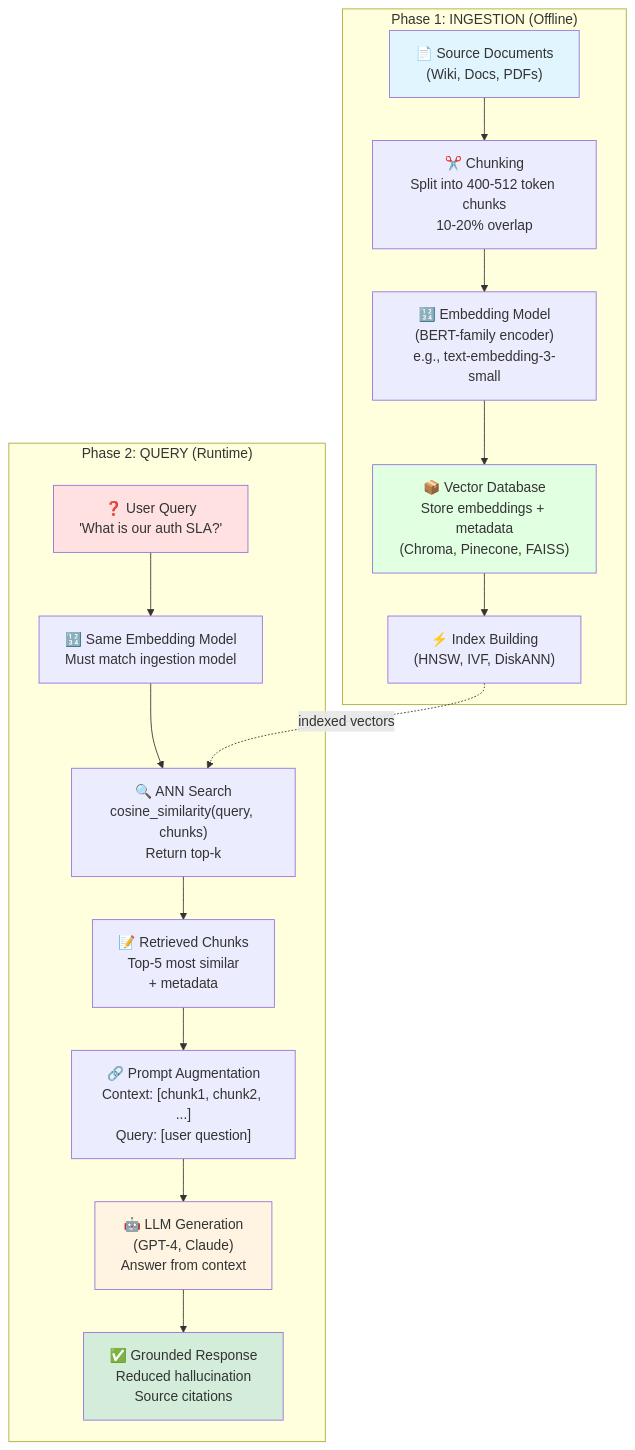
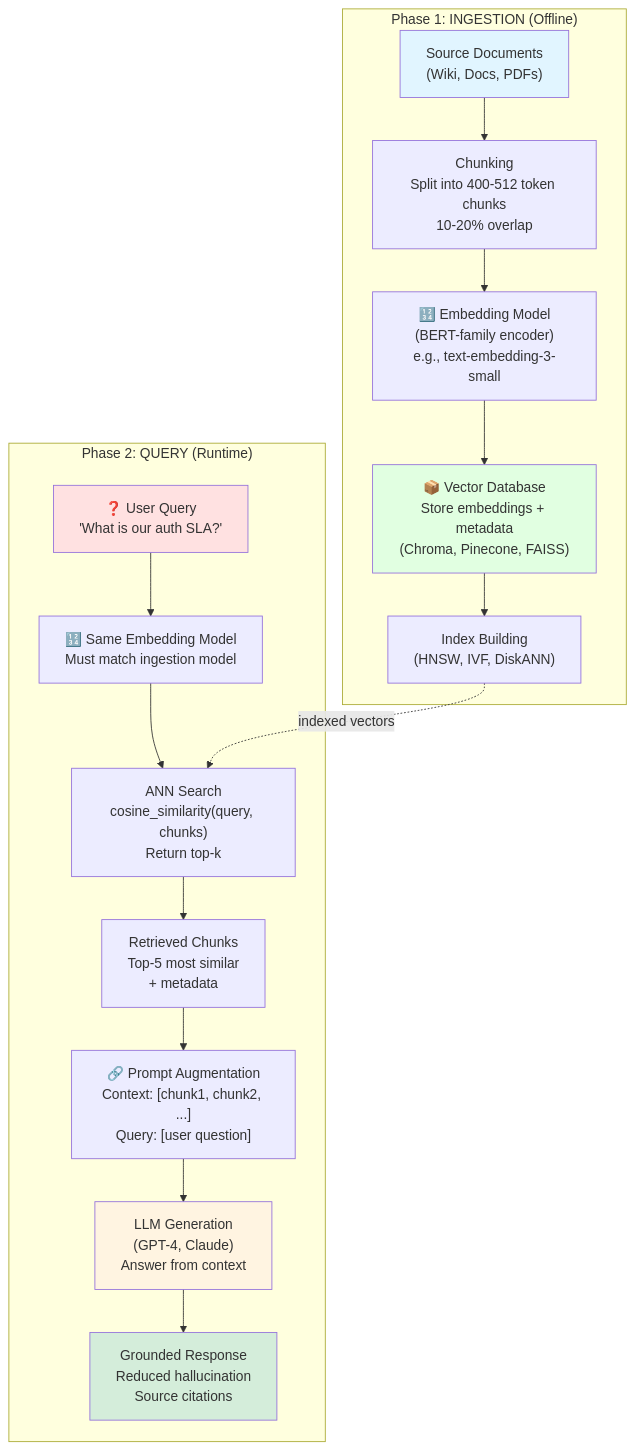
Before and after one commit to dsgouda7/ai-portfolio: the second of 3 diagrams in notes/03a-ai/ch07-rag-and-embeddings/rag-and-embeddings.md, drawn with Mermaid. The commit also changed other lines of this file and 17 other files, not shown here.

````diff
--- a/notes/03a-ai/ch07-rag-and-embeddings/rag-and-embeddings.md
+++ b/notes/03a-ai/ch07-rag-and-embeddings/rag-and-embeddings.md
@@ -378,25 +372,25 @@
 ```mermaid
 flowchart TB
-    subgraph "Phase 1: INGESTION (Offline)"
-        A["📄 Source Documents<br/>(Wiki, Docs, PDFs)"] --> B["✂️ Chunking<br/>Split into 400-512 token chunks<br/>10-20% overlap"]
-        B --> C["🔢 Embedding Model<br/>(BERT-family encoder)<br/>e.g., text-embedding-3-small"]
-        C --> D["📦 Vector Database<br/>Store embeddings + metadata<br/>(Chroma, Pinecone, FAISS)"]
-        D --> E["⚡ Index Building<br/>(HNSW, IVF, DiskANN)"]
-    end
+ subgraph "Phase 1: INGESTION (Offline)"
+ A[" Source Documents<br/>(Wiki, Docs, PDFs)"] --> B[" Chunking<br/>Split into 400-512 token chunks<br/>10-20% overlap"]
+ B --> C["🔢 Embedding Model<br/>(BERT-family encoder)<br/>e.g., text-embedding-3-small"]
+ C --> D["📦 Vector Database<br/>Store embeddings + metadata<br/>(Chroma, Pinecone, FAISS)"]
+ D --> E[" Index Building<br/>(HNSW, IVF, DiskANN)"]
+ end
 
-    subgraph "Phase 2: QUERY (Runtime)"
-        F["❓ User Query<br/>'What is our auth SLA?'"] --> G["🔢 Same Embedding Model<br/>Must match ingestion model"]
-        G --> H["🔍 ANN Search<br/>cosine_similarity(query, chunks)<br/>Return top-k"]
-        E -."indexed vectors".-> H
-        H --> I["📝 Retrieved Chunks<br/>Top-5 most similar<br/>+ metadata"]
-        I --> J["🔗 Prompt Augmentation<br/>Context: [chunk1, chunk2, ...]<br/>Query: [user question]"]
-        J --> K["🤖 LLM Generation<br/>(GPT-4, Claude)<br/>Answer from context"]
-        K --> L["✅ Grounded Response<br/>Reduced hallucination<br/>Source citations"]
-    end
+ subgraph "Phase 2: QUERY (Runtime)"
+ F["❓ User Query<br/>'What is our auth SLA?'"] --> G["🔢 Same Embedding Model<br/>Must match ingestion model"]
+ G --> H[" ANN Search<br/>cosine_similarity(query, chunks)<br/>Return top-k"]
+ E -."indexed vectors".-> H
+ H --> I[" Retrieved Chunks<br/>Top-5 most similar<br/>+ metadata"]
+ I --> J["🔗 Prompt Augmentation<br/>Context: [chunk1, chunk2, ...]<br/>Query: [user question]"]
+ J --> K[" LLM Generation<br/>(GPT-4, Claude)<br/>Answer from context"]
+ K --> L[" Grounded Response<br/>Reduced hallucination<br/>Source citations"]
+ end
 
-    style A fill:#e1f5ff
-    style D fill:#e1ffe1
-    style F fill:#ffe1e1
-    style K fill:#fff4e1
-    style L fill:#d4edda
+ style A fill:#e1f5ff
+ style D fill:#e1ffe1
+ style F fill:#ffe1e1
+ style K fill:#fff4e1
+ style L fill:#d4edda
 ```
````
